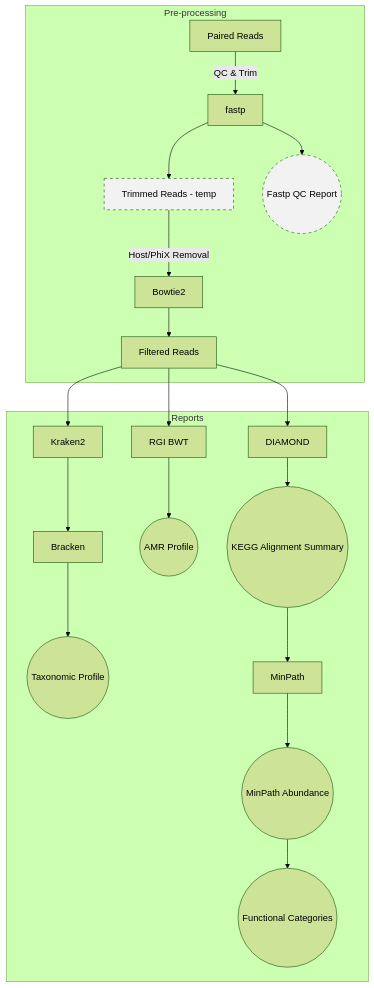
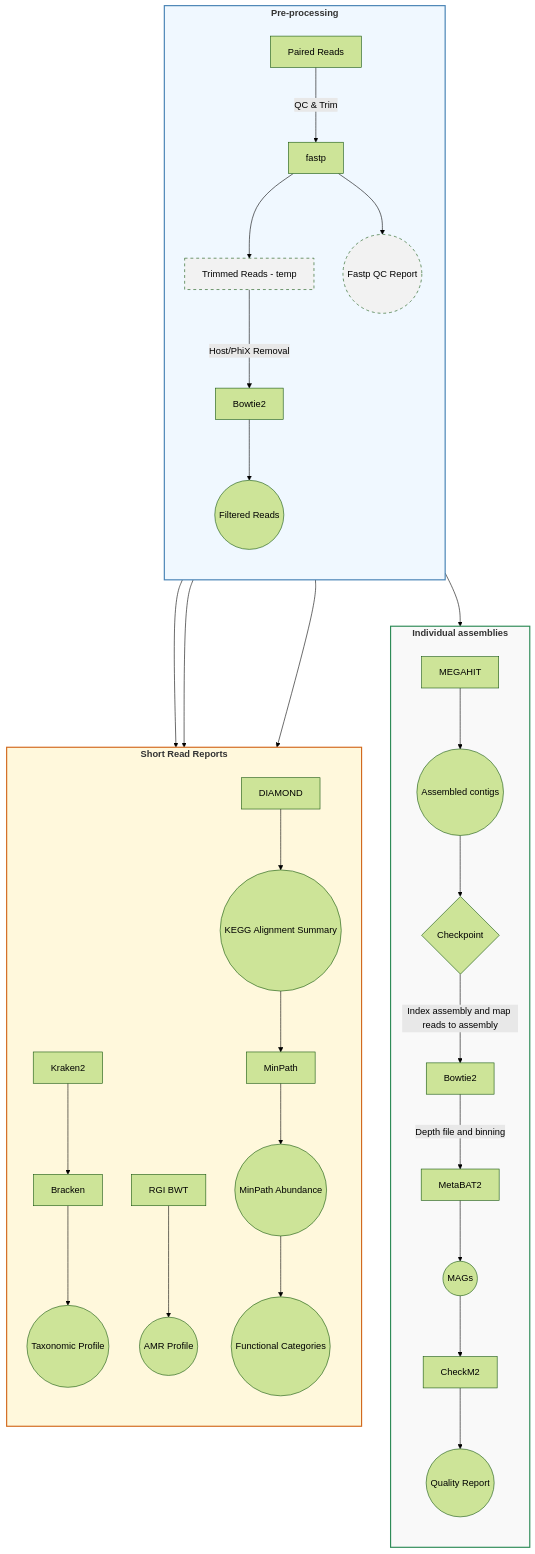
The diagram in README.md (AAFC-Bioinfo-AAC/metagenomics-snakemake), drawn with Mermaid (forest theme) before and after one commit. The commit also changed other lines of this file and 5 other files, not shown here.

````diff
--- a/README.md
+++ b/README.md
@@ -73,30 +73,53 @@
 ```mermaid
 flowchart TD
 
-    subgraph PREPROC [Pre-processing]
+    subgraph PREPROC ["<b>Pre-processing</b>"]
+        direction TB
         A[Paired Reads] -->|QC & Trim| B[fastp]
         B --> C[Trimmed Reads - temp]
-        B --> L((Fastp QC Report))
+        B --> L1((Fastp QC Report))
         C -->|Host/PhiX Removal| D[Bowtie2]
-        D --> E[Filtered Reads]
+        D --> E((Filtered Reads))
     end
 
-    subgraph QC_REPORTS [Reports]
-        E --> M[Kraken2]
-        M --> N[Bracken]
-        N --> O((Taxonomic Profile))
+    subgraph MAGS ["<b>Individual assemblies</b>"]
+        direction TB
+        E --> F[MEGAHIT]
+        F --> G((Assembled contigs))
+        G --> I{Checkpoint}
+        I --> |Index assembly and map reads to assembly| J[Bowtie2]
+        J --> |Depth file and binning| K[MetaBAT2]
+        K --> L2((MAGs))
+        L2 --> M[CheckM2]
+        M --> N((Quality Report))
+    end
 
-        E --> W[RGI BWT]
-        W --> Q((AMR Profile))
+    subgraph QC_REPORTS ["<b>Short Read Reports</b>"]
+        direction TB
+        E --> P[Kraken2]
+        P --> Q[Bracken]
+        Q --> S((Taxonomic Profile))
 
-        E --> R[DIAMOND]
-        R --> S((KEGG Alignment Summary))
-        S --> T[MinPath]
-        T --> U((MinPath Abundance))
-        U --> v((Functional Categories))
+        E --> W1[RGI BWT]
+        W1 --> Q2((AMR Profile))
+
+        E --> T[DIAMOND]
+        T --> U((KEGG Alignment Summary))
+        U --> V[MinPath]
+        V --> W2((MinPath Abundance))
+        W2 --> X((Functional Categories))
     end
+
 
     %% TEMP FILE STYLING
     style C fill:#f2f2f2,stroke-dasharray: 5 5
-    style L fill:#f2f2f2,stroke-dasharray: 5 5
+    style L1 fill:#f2f2f2,stroke-dasharray: 5 5
+
+    style PREPROC fill:#f0f8ff,stroke:#4682b4,stroke-width:2px
+    style MAGS fill:#f9f9f9,stroke:#2e8b57,stroke-width:2px
+    style QC_REPORTS fill:#fff8dc,stroke:#d2691e,stroke-width:2px
+
+    %%{init: {"flowchart": {"curve": "basis", "nodeSpacing": 50, "rankSpacing": 80}}}%%
+
+
 ```
````
